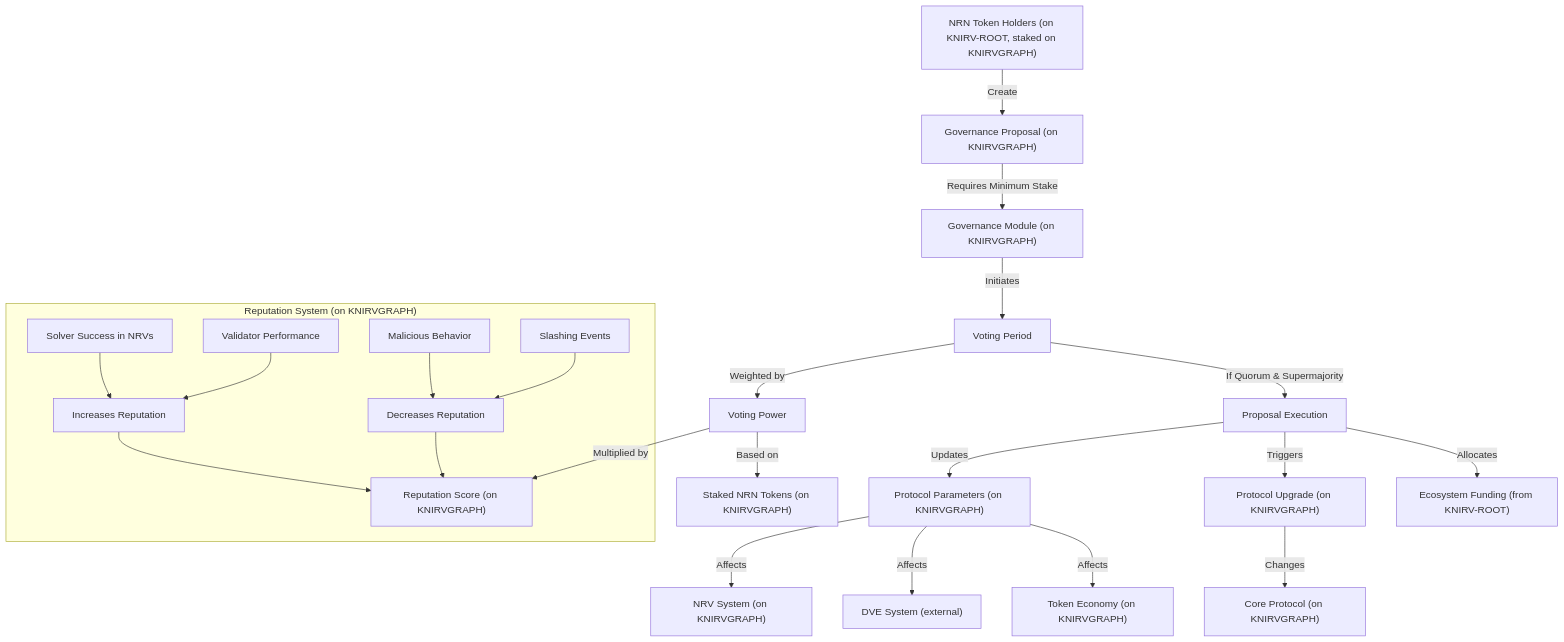
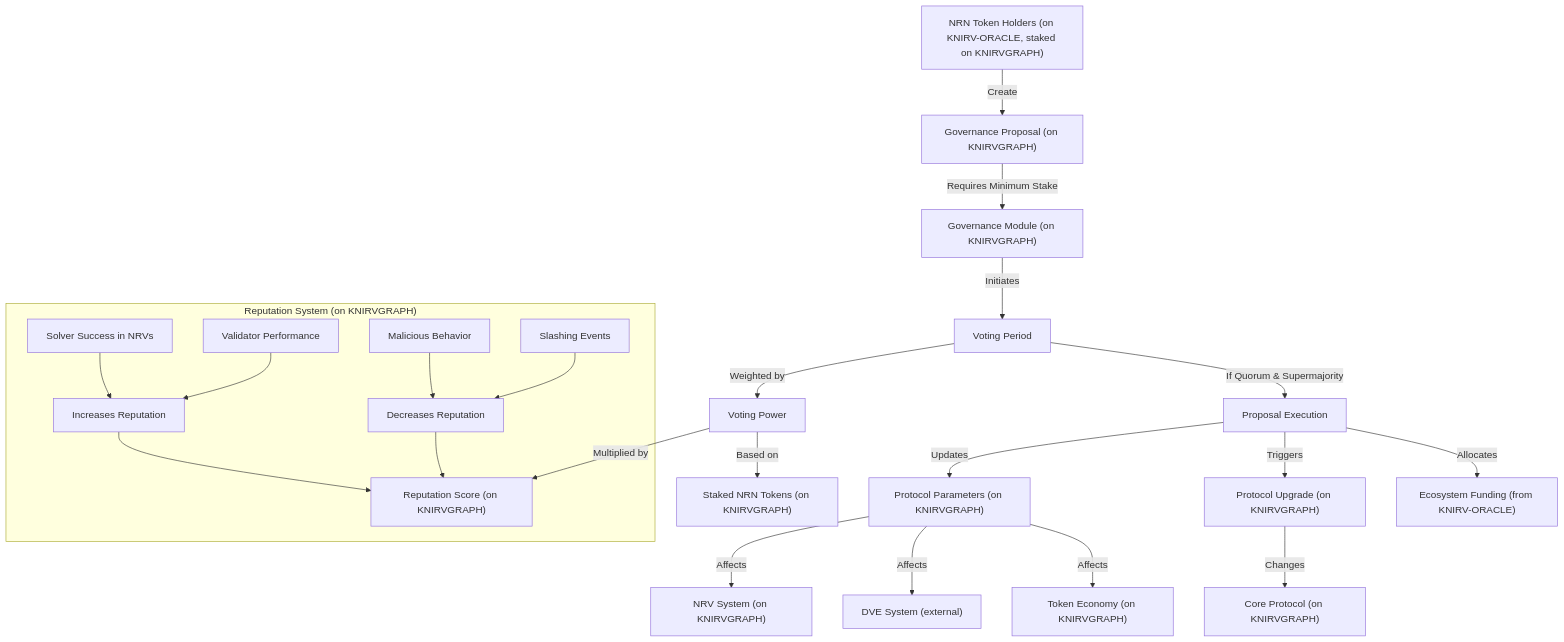
One commit to guiperry/KNIRV_NETWORK changed the ninth of 9 diagrams in KNIRVGATEWAY/documentation/docsify/whitepapers/KNIRVGRAPH_Whitepaper.md. Above: the diagram before and after it, drawn with Mermaid. The commit also changed other lines of this file and 1956 other files, not shown here.

````diff
--- a/KNIRVGATEWAY/documentation/docsify/whitepapers/KNIRVGRAPH_Whitepaper.md
+++ b/KNIRVGATEWAY/documentation/docsify/whitepapers/KNIRVGRAPH_Whitepaper.md
@@ -591,41 +591,41 @@
 ```mermaid
 graph TD
     %% Governance Participants
-    TokenHolders["NRN Token Holders (on KNIRV-ROOT, staked on KNIRVGRAPH)"] -- Create --> Proposal["Governance Proposal (on KNIRVGRAPH)"]
+    TokenHolders["NRN Token Holders (on KNIRV-ORACLE, staked on KNIRVGRAPH)"] -- Create --> Proposal["Governance Proposal (on KNIRVGRAPH)"]
     
     %% Proposal Requirements
     Proposal -- Requires Minimum Stake --> GovModule["Governance Module (on KNIRVGRAPH)"]
     
     %% Voting Process
     GovModule -- Initiates --> VotingPeriod[Voting Period]
     VotingPeriod -- Weighted by --> VotingPower[Voting Power]
     
     %% Voting Power Calculation
     VotingPower -- Based on --> StakedNRN["Staked NRN Tokens (on KNIRVGRAPH)"]
     VotingPower -- Multiplied by --> RepScore["Reputation Score (on KNIRVGRAPH)"]
     
     %% Reputation System (managed on KNIRVGRAPH)
     subgraph ReputationSystem["Reputation System (on KNIRVGRAPH)"]
         SolverSuccess[Solver Success in NRVs] --> IncreaseRep[Increases Reputation]
         ValidatorPerf[Validator Performance] --> IncreaseRep
         MaliciousBehavior[Malicious Behavior] --> DecreaseRep[Decreases Reputation]
         Slashing[Slashing Events] --> DecreaseRep
         
         IncreaseRep --> RepScore
         DecreaseRep --> RepScore
     end
     
     %% Proposal Execution
     VotingPeriod -- If Quorum & Supermajority --> ProposalExecution[Proposal Execution]
     
     %% Protocol Changes (on KNIRVGRAPH)
     ProposalExecution -- Updates --> ProtocolParams["Protocol Parameters (on KNIRVGRAPH)"]
     ProposalExecution -- Triggers --> ProtocolUpgrade["Protocol Upgrade (on KNIRVGRAPH)"]
-    ProposalExecution -- Allocates --> FundingInitiative["Ecosystem Funding (from KNIRV-ROOT)"]
+    ProposalExecution -- Allocates --> FundingInitiative["Ecosystem Funding (from KNIRV-ORACLE)"]
     
     %% Affected Components (within KNIRVGRAPH's domain)
     ProtocolParams -- Affects --> NRVSystem["NRV System (on KNIRVGRAPH)"]
     ProtocolParams -- Affects --> DVESystem["DVE System (external)"]
     ProtocolParams -- Affects --> TokenEconomy["Token Economy (on KNIRVGRAPH)"]
     ProtocolUpgrade -- Changes --> CoreProtocol["Core Protocol (on KNIRVGRAPH)"]
 ```
````
